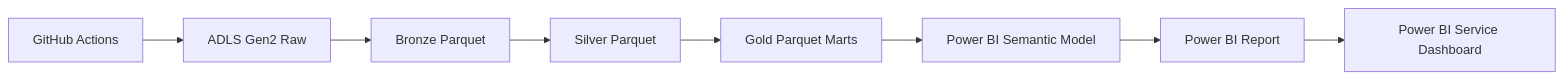
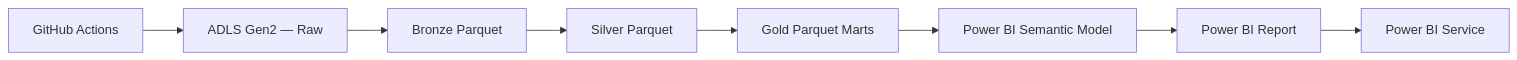
Before and after one commit to harish885/ecommerce-lakehouse: the diagram in powerbi/README.md, drawn with Mermaid. The commit also changed other lines of this file and 15 other files, not shown here.

````diff
--- a/powerbi/README.md
+++ b/powerbi/README.md
@@ -9,10 +20,10 @@
 ```mermaid
 flowchart LR
-    A["GitHub Actions"] --> B["ADLS Gen2 Raw"]
+    A["GitHub Actions"] --> B["ADLS Gen2 — Raw"]
     B --> C["Bronze Parquet"]
     C --> D["Silver Parquet"]
     D --> E["Gold Parquet Marts"]
     E --> F["Power BI Semantic Model"]
     F --> G["Power BI Report"]
-    G --> H["Power BI Service Dashboard"]
+    G --> H["Power BI Service"]
 ```
````
